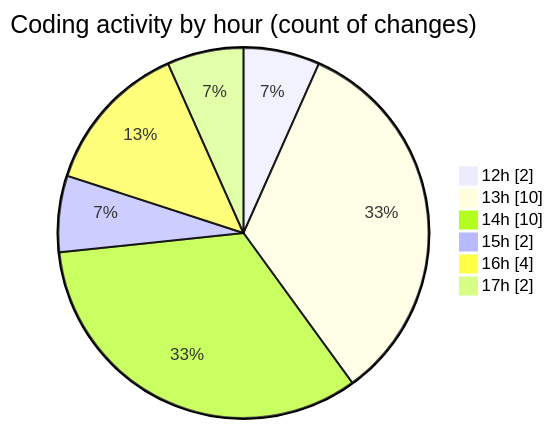
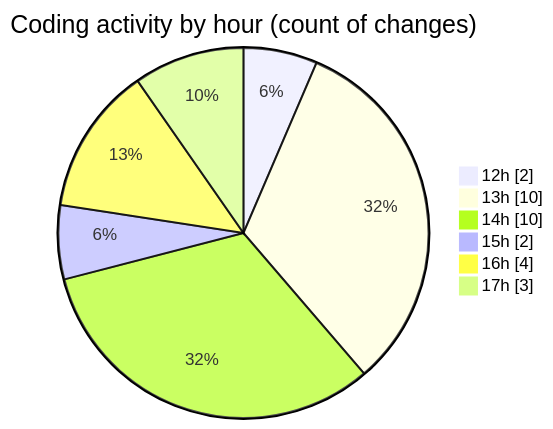
One commit to shibass792/code-tracking changed the second of 2 diagrams in 2026-07-12/untitled__workspace_/README.md. Above: the diagram before and after it, drawn with Mermaid. The commit also changed other lines of this file and 1 other file, not shown here.

````diff
--- a/2026-07-12/untitled__workspace_/README.md
+++ b/2026-07-12/untitled__workspace_/README.md
@@ -35,10 +36,10 @@
 ```mermaid
 pie showData
 title Coding activity by hour (count of changes)
 "12h" : 2
 "13h" : 10
 "14h" : 10
 "15h" : 2
 "16h" : 4
-"17h" : 2
+"17h" : 3
 ```
````
